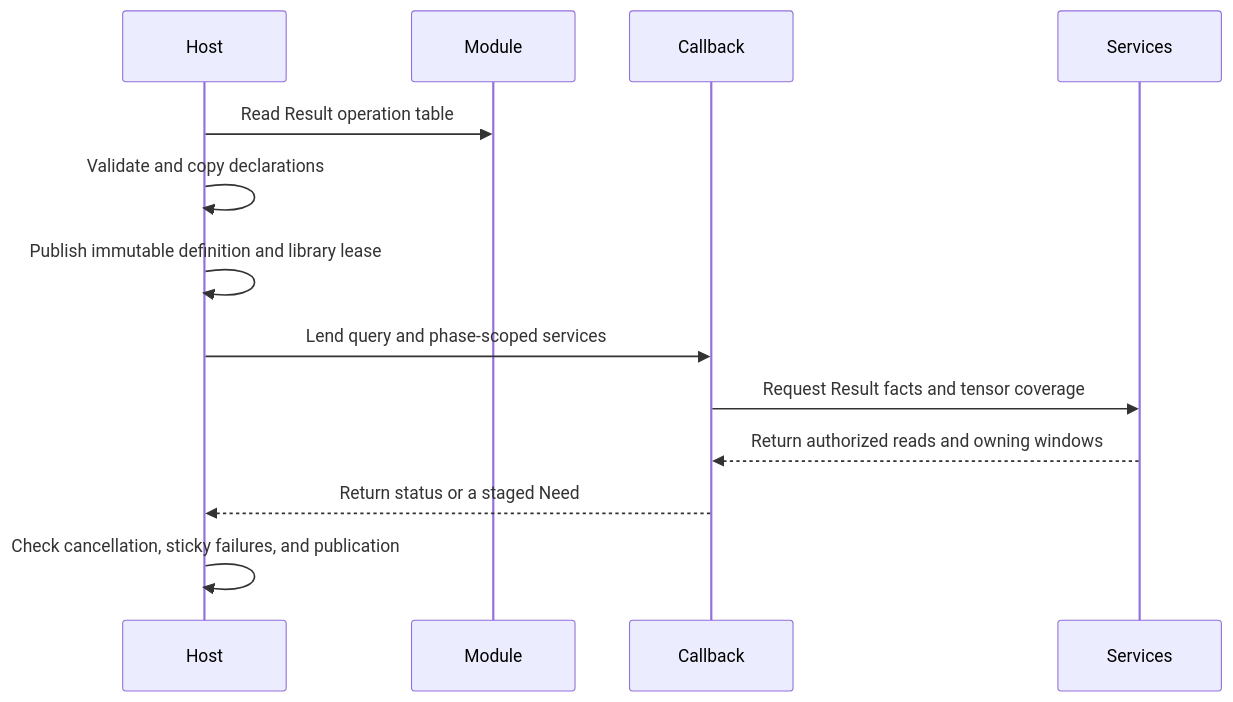
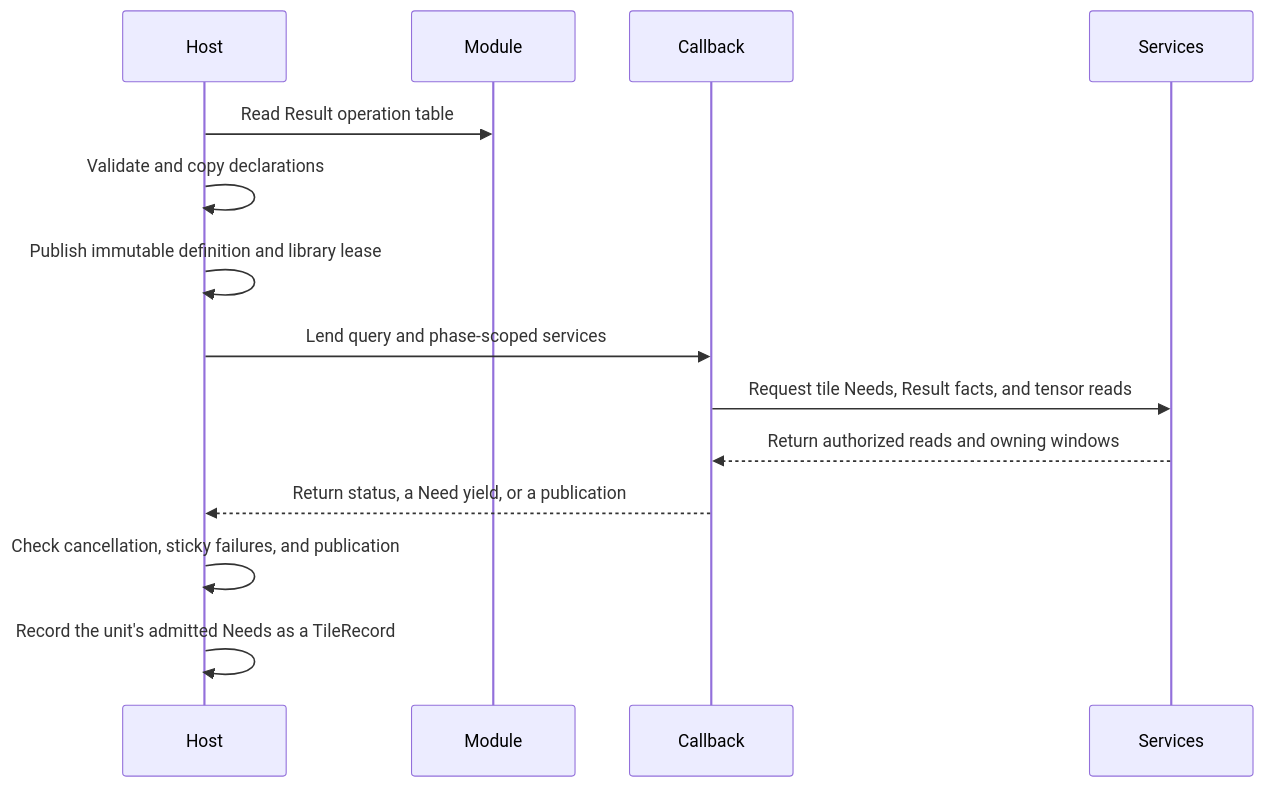
Before and after one commit to kevin-zf1123/photospider: the diagram in docs/kernel-architecture/Plugin-ABI.md, drawn with Mermaid. The commit also changed other lines of this file and 5 other files, not shown here.

````diff
--- a/docs/kernel-architecture/Plugin-ABI.md
+++ b/docs/kernel-architecture/Plugin-ABI.md
@@ -9,15 +9,16 @@
 ```mermaid
 sequenceDiagram
     participant Host
     participant Module
     participant Callback
     participant Services
     Host->>Module: Read Result operation table
     Host->>Host: Validate and copy declarations
     Host->>Host: Publish immutable definition and library lease
     Host->>Callback: Lend query and phase-scoped services
-    Callback->>Services: Request Result facts and tensor coverage
+    Callback->>Services: Request tile Needs, Result facts, and tensor reads
     Services-->>Callback: Return authorized reads and owning windows
-    Callback-->>Host: Return status or a staged Need
+    Callback-->>Host: Return status, a Need yield, or a publication
     Host->>Host: Check cancellation, sticky failures, and publication
+    Host->>Host: Record the unit's admitted Needs as a TileRecord
 ```
````
